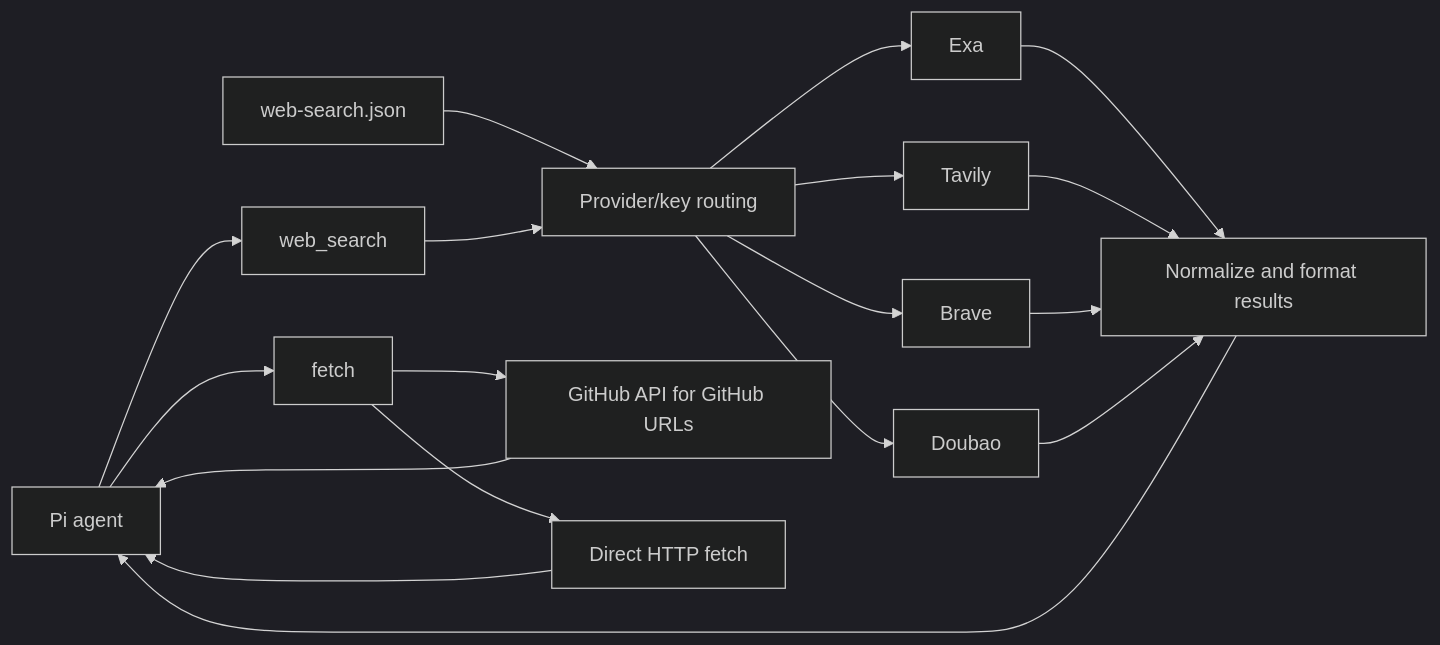
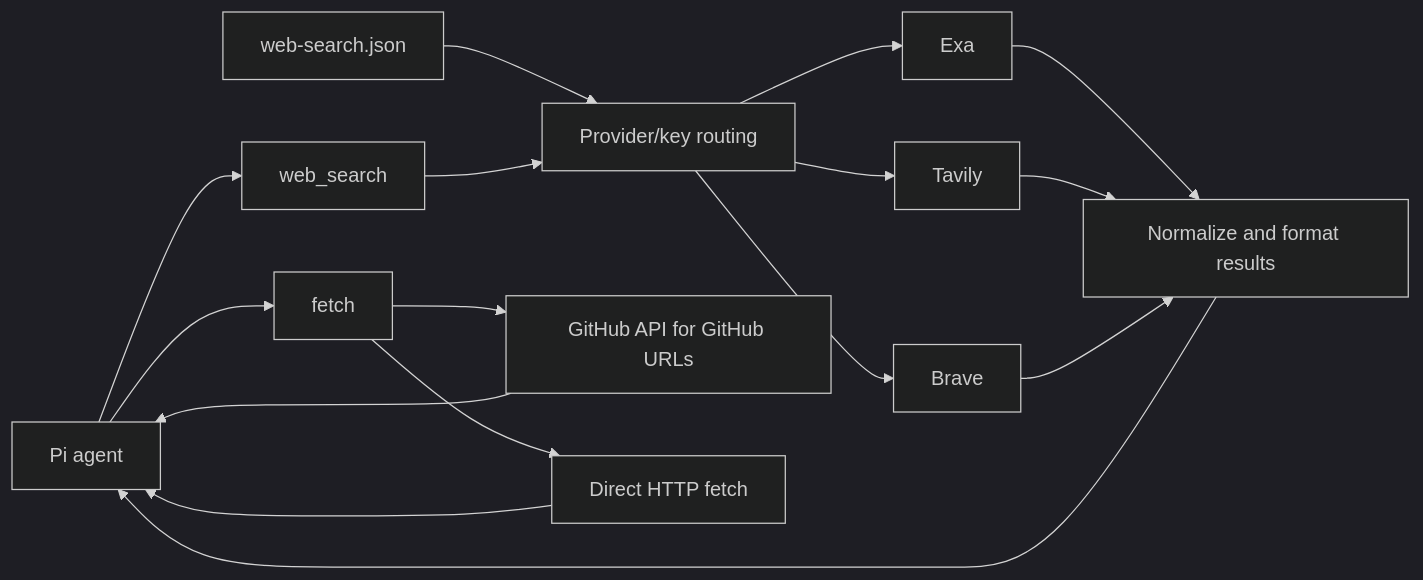
The diagram in README.md (wduo87391/pi-search-control), drawn with Mermaid (dark theme) before and after one commit. The commit also changed other lines of this file and 9 other files, not shown here.

````diff
--- a/README.md
+++ b/README.md
@@ -12,20 +12,18 @@
 ```mermaid
 flowchart LR
     Agent[Pi agent] --> Search[web_search]
     Agent --> Fetch[fetch]
     Config[web-search.json] --> Router[Provider/key routing]
     Search --> Router
     Router --> Exa[Exa]
     Router --> Tavily[Tavily]
     Router --> Brave[Brave]
-    Router --> Doubao[Doubao]
     Exa --> Normalize[Normalize and format results]
     Tavily --> Normalize
     Brave --> Normalize
-    Doubao --> Normalize
     Normalize --> Agent
     Fetch --> GitHub[GitHub API for GitHub URLs]
     Fetch --> HTTP[Direct HTTP fetch]
     GitHub --> Agent
     HTTP --> Agent
 ```
````
